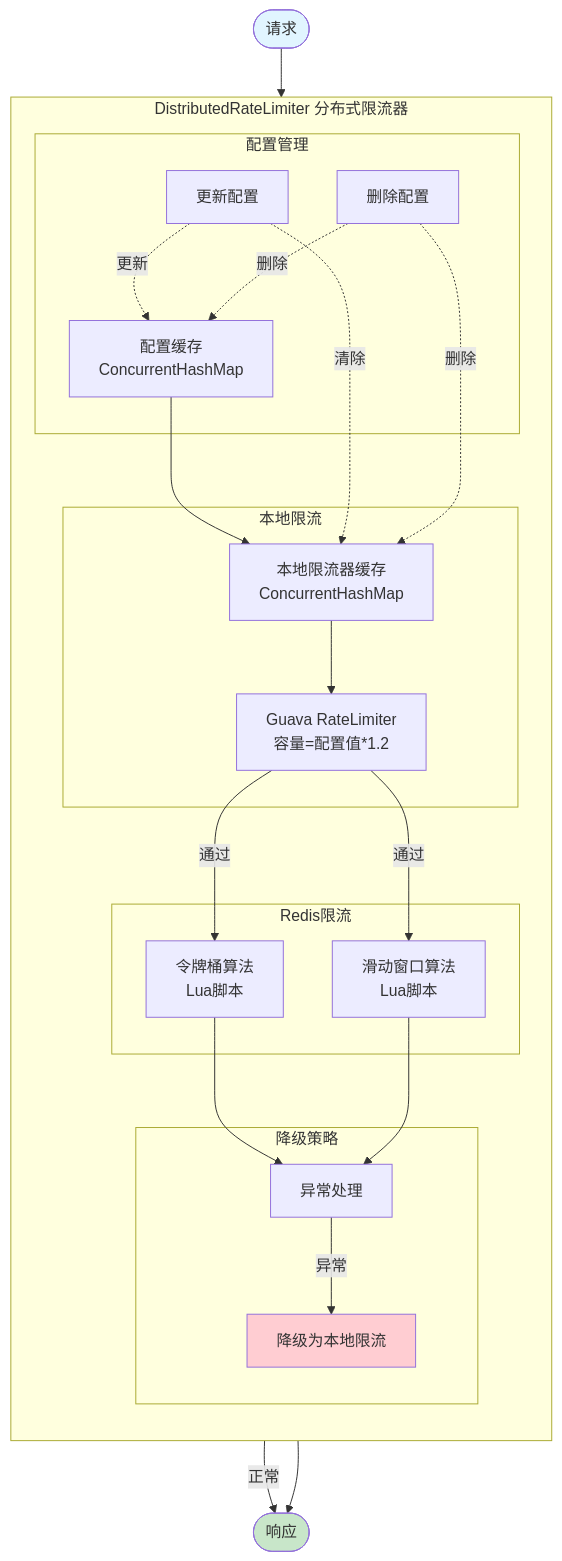
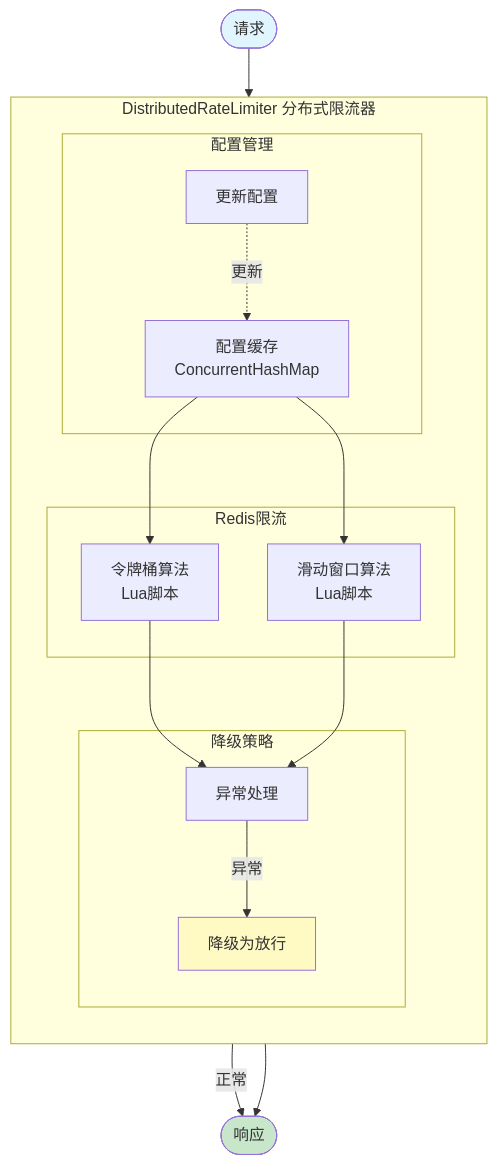
Before and after one commit to 1973034392/api-gateway-codelong: the ninth of 13 diagrams in docs/项目文档/核心服务/10.3 分布式限流器-流程图与架构图.md, drawn with Mermaid. The commit also changed other lines of this file and 12 other files, not shown here.

````diff
--- a/docs/项目文档/核心服务/10.3 分布式限流器-流程图与架构图.md
+++ b/docs/项目文档/核心服务/10.3 分布式限流器-流程图与架构图.md
@@ -221,50 +274,38 @@
 ```mermaid
 graph TB
     subgraph "DistributedRateLimiter 分布式限流器"
         direction TB
 
         subgraph "配置管理"
             ConfigCache[配置缓存<br/>ConcurrentHashMap]
             UpdateConfig[更新配置]
-            RemoveConfig[删除配置]
-        end
-
-        subgraph "本地限流"
-            LocalCache[本地限流器缓存<br/>ConcurrentHashMap]
-            GuavaLimiter[Guava RateLimiter<br/>容量=配置值*1.2]
         end
 
         subgraph "Redis限流"
             TokenBucket[令牌桶算法<br/>Lua脚本]
             SlidingWindow[滑动窗口算法<br/>Lua脚本]
         end
 
         subgraph "降级策略"
             ErrorHandle[异常处理]
-            Fallback[降级为本地限流]
+            Fallback[降级为放行]
         end
     end
 
     Request([请求]) --> ConfigCache
-    ConfigCache --> LocalCache
-    LocalCache --> GuavaLimiter
-
-    GuavaLimiter -->|通过| TokenBucket
-    GuavaLimiter -->|通过| SlidingWindow
+    ConfigCache --> TokenBucket
+    ConfigCache --> SlidingWindow
 
     TokenBucket --> ErrorHandle
     SlidingWindow --> ErrorHandle
 
     ErrorHandle -->|异常| Fallback
     ErrorHandle -->|正常| Response([响应])
     Fallback --> Response
 
     UpdateConfig -.->|更新| ConfigCache
-    UpdateConfig -.->|清除| LocalCache
-    RemoveConfig -.->|删除| ConfigCache
-    RemoveConfig -.->|删除| LocalCache
 
     style Request fill:#e1f5ff
     style Response fill:#c8e6c9
-    style Fallback fill:#ffcdd2
+    style Fallback fill:#fff9c4
 ```
````
